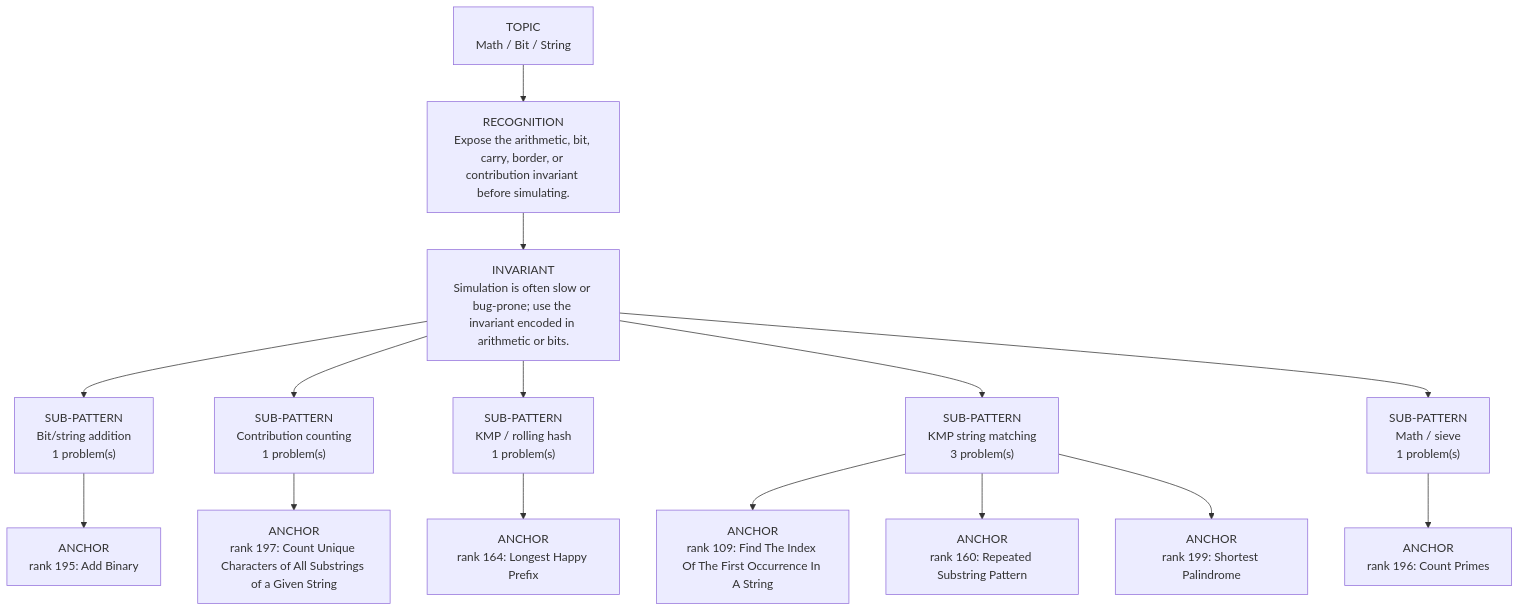
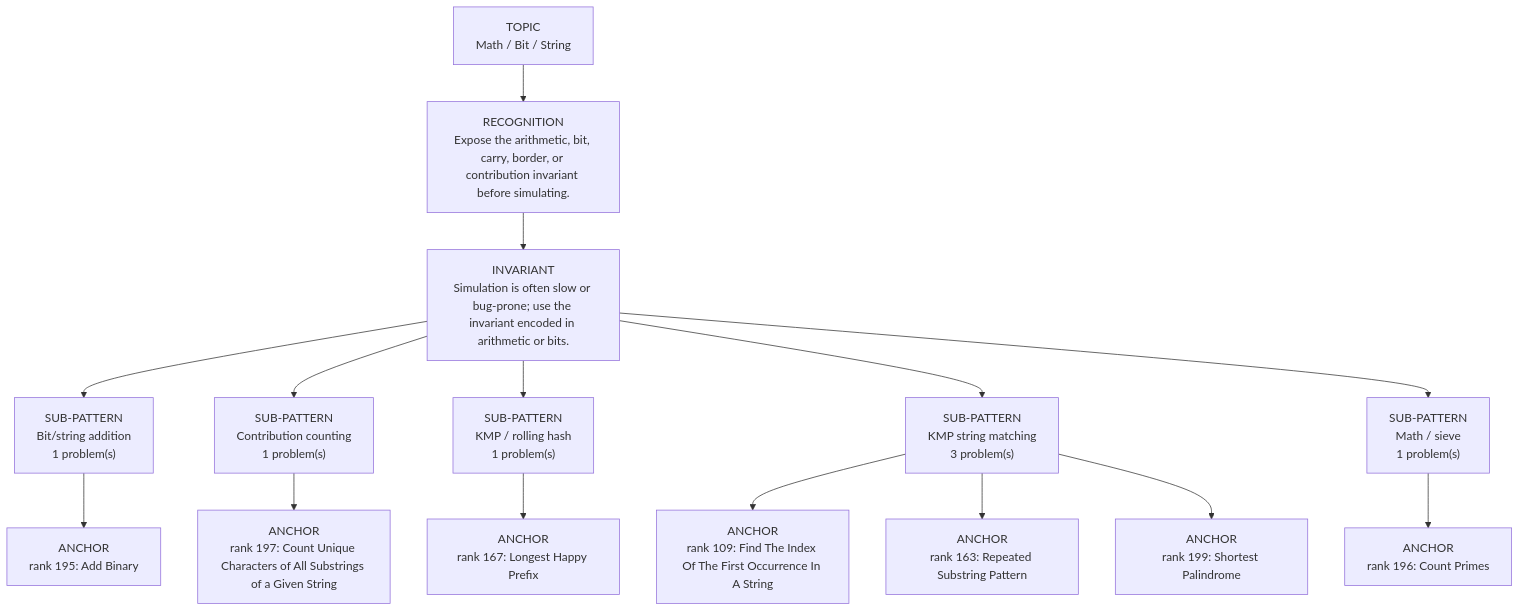
Before and after one commit to thechiranjeevjain/DSA10days: the diagram in dsa-review/interview/patterns/19_math_bit_string.md, drawn with Mermaid. The commit also changed other lines of this file and 30 other files, not shown here.

````diff
--- a/dsa-review/interview/patterns/19_math_bit_string.md
+++ b/dsa-review/interview/patterns/19_math_bit_string.md
@@ -15,19 +15,19 @@
 ```mermaid
 flowchart TD
   Topic["TOPIC<br/>Math / Bit / String"]
   Recognition["RECOGNITION<br/>Expose the arithmetic, bit, carry, border, or contribution invariant before simulating."]
   Invariant["INVARIANT<br/>Simulation is often slow or bug-prone; use the invariant encoded in arithmetic or bits."]
   Topic --> Recognition --> Invariant
   Invariant --> Sub01["SUB-PATTERN<br/>Bit/string addition<br/>1 problem(s)"]
   Sub01 --> Sub01A01["ANCHOR<br/>rank 195: Add Binary"]
   Invariant --> Sub02["SUB-PATTERN<br/>Contribution counting<br/>1 problem(s)"]
   Sub02 --> Sub02A01["ANCHOR<br/>rank 197: Count Unique Characters of All Substrings of a Given String"]
   Invariant --> Sub03["SUB-PATTERN<br/>KMP / rolling hash<br/>1 problem(s)"]
-  Sub03 --> Sub03A01["ANCHOR<br/>rank 164: Longest Happy Prefix"]
+  Sub03 --> Sub03A01["ANCHOR<br/>rank 167: Longest Happy Prefix"]
   Invariant --> Sub04["SUB-PATTERN<br/>KMP string matching<br/>3 problem(s)"]
   Sub04 --> Sub04A01["ANCHOR<br/>rank 109: Find The Index Of The First Occurrence In A String"]
-  Sub04 --> Sub04A02["ANCHOR<br/>rank 160: Repeated Substring Pattern"]
+  Sub04 --> Sub04A02["ANCHOR<br/>rank 163: Repeated Substring Pattern"]
   Sub04 --> Sub04A03["ANCHOR<br/>rank 199: Shortest Palindrome"]
   Invariant --> Sub05["SUB-PATTERN<br/>Math / sieve<br/>1 problem(s)"]
   Sub05 --> Sub05A01["ANCHOR<br/>rank 196: Count Primes"]
 ```
````
